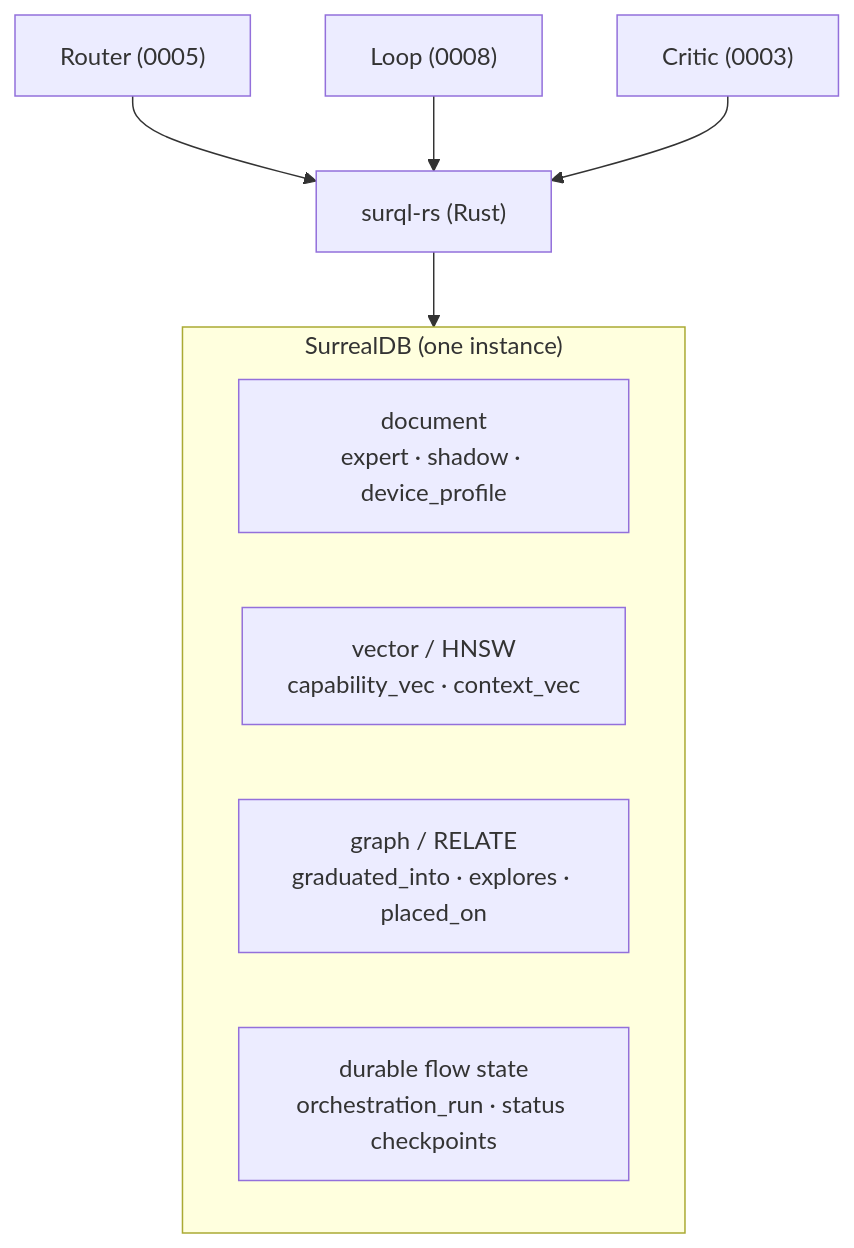
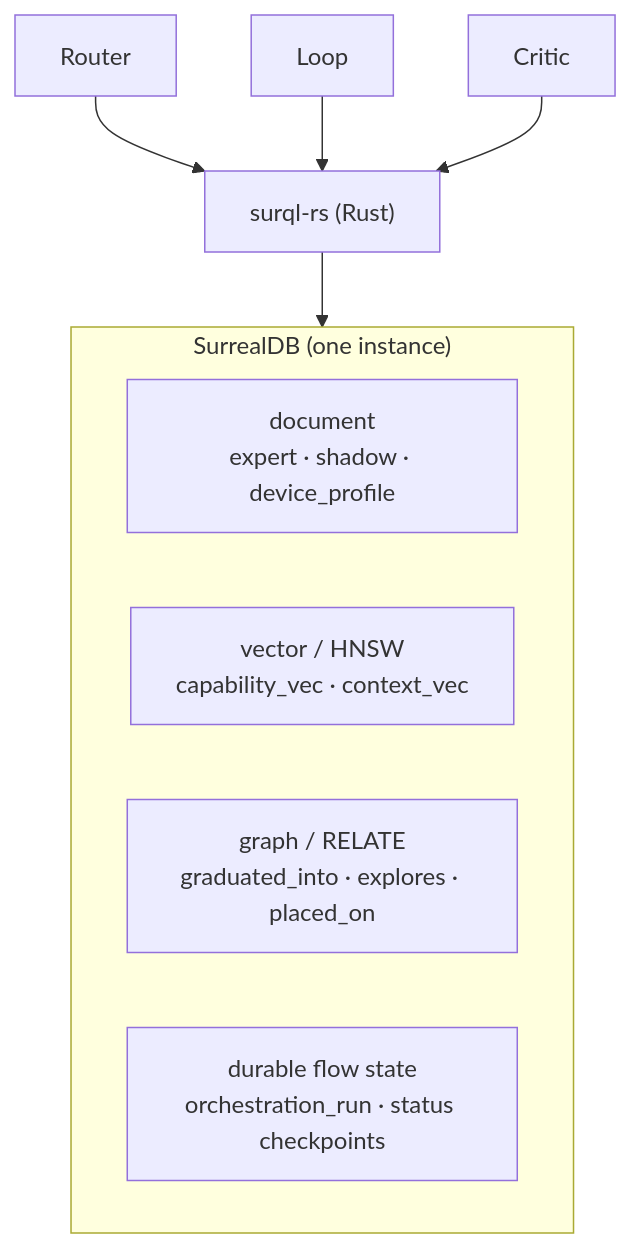
Diagram 13 of 15 in docs/diagrams.md (albedosehen/antumbra), drawn with Mermaid before and after one commit. The commit also changed other lines of this file and 93 other files, not shown here.

````diff
--- a/docs/diagrams.md
+++ b/docs/diagrams.md
@@ -282,14 +281,14 @@
 ```mermaid
 flowchart TB
     subgraph DB["SurrealDB (one instance)"]
         direction LR
         DOC["document<br/>expert · shadow · device_profile"]
         VEC["vector / HNSW<br/>capability_vec · context_vec"]
         GRAPH["graph / RELATE<br/>graduated_into · explores · placed_on"]
         FLOW["durable flow state<br/>orchestration_run · status checkpoints"]
     end
     surql["surql-rs (Rust)"] --> DB
-    R["Router (0005)"] --> surql
-    L["Loop (0008)"] --> surql
-    CR["Critic (0003)"] --> surql
+    R["Router"] --> surql
+    L["Loop"] --> surql
+    CR["Critic"] --> surql
 ```
````
